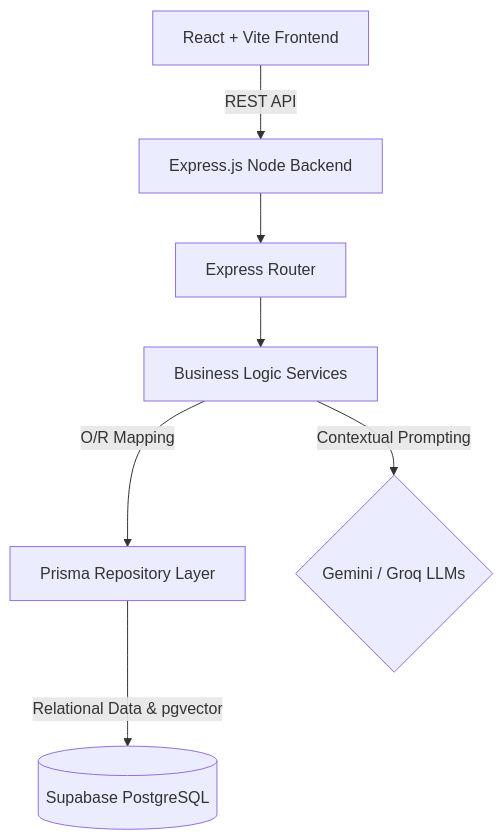
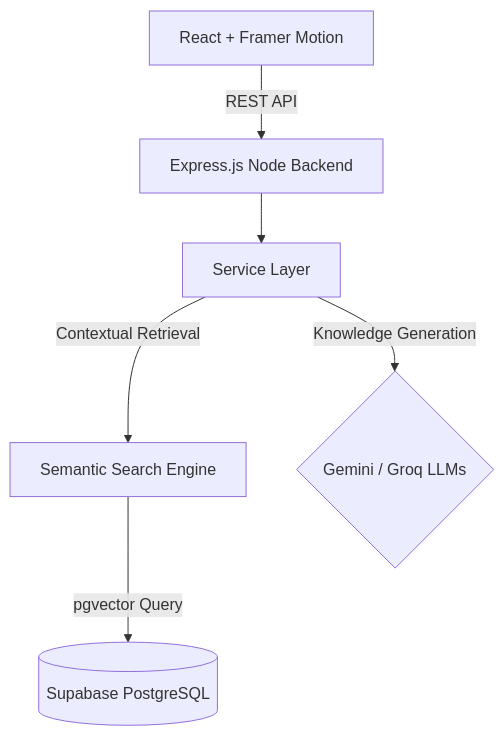
One commit to AyushCoder9/PromptPrep changed the diagram in README.md. Above: the diagram before and after it, drawn with Mermaid. The commit also changed other lines of this file, not shown here.

````diff
--- a/README.md
+++ b/README.md
@@ -26,17 +32,15 @@
 ```mermaid
 graph TD
-    Client[React + Vite Frontend]
+    Client[React + Framer Motion]
     API[Express.js Node Backend]
-    Router[Express Router]
-    Service[Business Logic Services]
-    Repo[Prisma Repository Layer]
+    Service[Service Layer]
+    Vector[Semantic Search Engine]
     DB[(Supabase PostgreSQL)]
     LLM{Gemini / Groq LLMs}
 
     Client -->|REST API| API
-    API --> Router
-    Router --> Service
-    Service -->|O/R Mapping| Repo
-    Service -->|Contextual Prompting| LLM
-    Repo -->|Relational Data & pgvector| DB
+    API --> Service
+    Service -->|Contextual Retrieval| Vector
+    Service -->|Knowledge Generation| LLM
+    Vector -->|pgvector Query| DB
 ```
````
